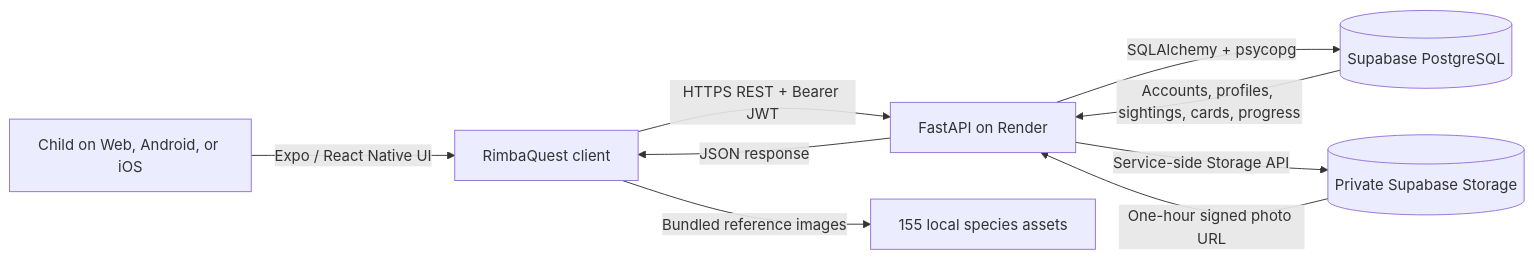
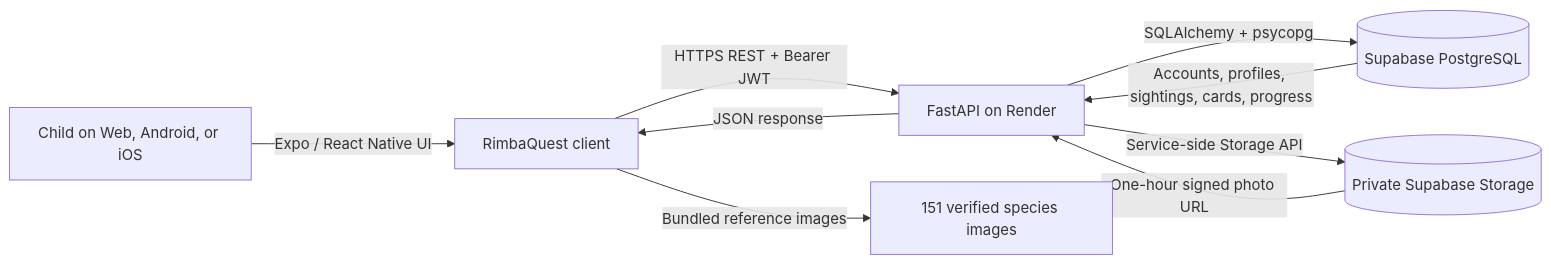
Before and after one commit to Sitozzmonash/FIT5120RimbaQuest: the diagram in README.md, drawn with Mermaid. The commit also changed other lines of this file and 5 other files, not shown here.

````diff
--- a/README.md
+++ b/README.md
@@ -62,11 +62,11 @@
 ```mermaid
 flowchart LR
     U[Child on Web, Android, or iOS] -->|Expo / React Native UI| C[RimbaQuest client]
     C -->|HTTPS REST + Bearer JWT| A[FastAPI on Render]
     A -->|SQLAlchemy + psycopg| P[(Supabase PostgreSQL)]
     A -->|Service-side Storage API| S[(Private Supabase Storage)]
     P -->|Accounts, profiles, sightings, cards, progress| A
     S -->|One-hour signed photo URL| A
     A -->|JSON response| C
-    C -->|Bundled reference images| B[155 local species assets]
+    C -->|Bundled reference images| B[151 verified species images]
 ```
````
